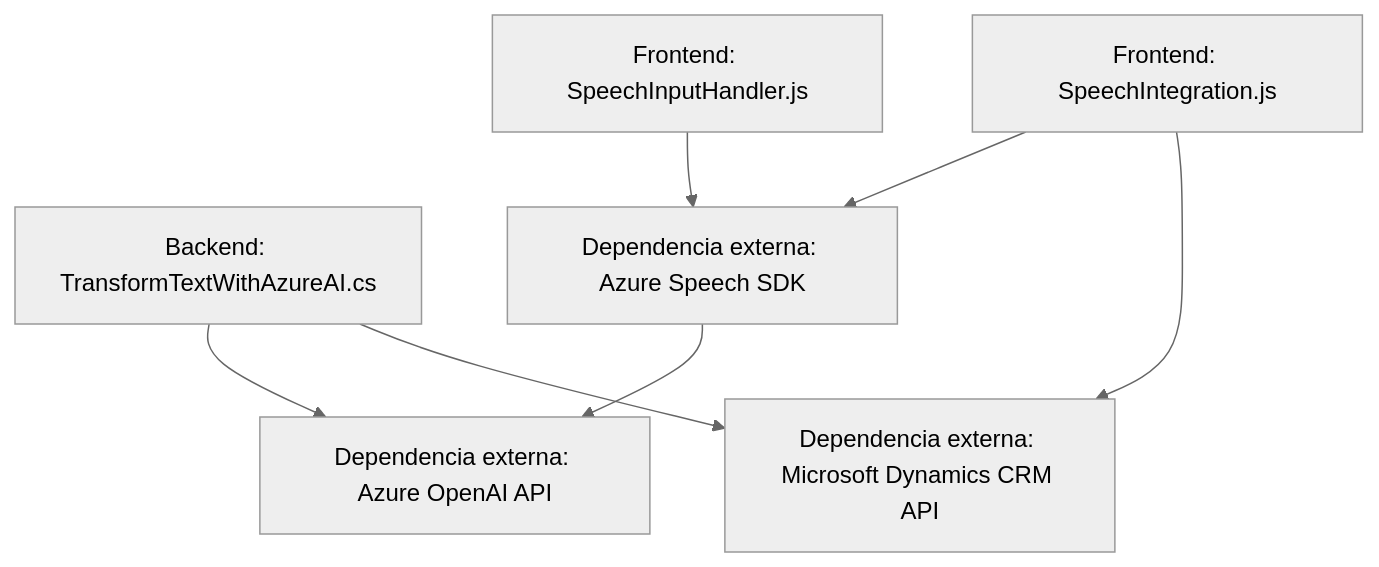
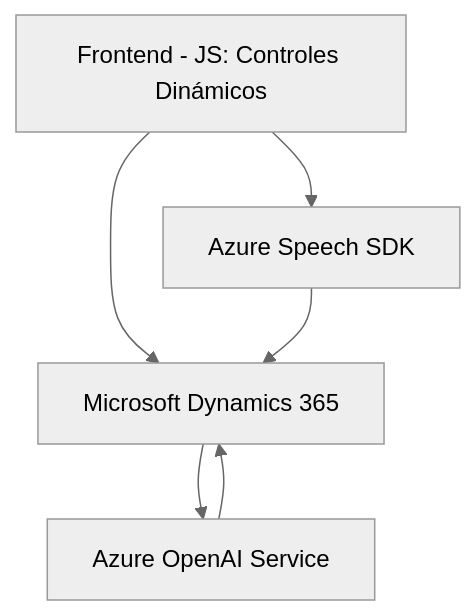
The diagram in README.md (blopezdm/NETCORE_BILBAO2025), drawn with Mermaid (neutral theme) before and after one commit. The commit also changed other lines of this file, not shown here.

````diff
--- a/README.md
+++ b/README.md
@@ -69,16 +38,13 @@
 ```mermaid
 graph TD
-    A["Frontend: SpeechInputHandler.js"]
-    B["Frontend: SpeechIntegration.js"]
-    C["Backend: TransformTextWithAzureAI.cs"]
-    D["Dependencia externa: Azure Speech SDK"]
-    E["Dependencia externa: Azure OpenAI API"]
-    F["Dependencia externa: Microsoft Dynamics CRM API"]
+    A["Frontend - JS: Controles Dinámicos"]
+    B["Azure Speech SDK"]
+    C["Microsoft Dynamics 365"]
+    D["Azure OpenAI Service"]
 
-    A --> D
-    B --> D
-    B --> F
-    C --> E
-    C --> F
-    D --> E
+    A --> B
+    A --> C
+    B --> C
+    C --> D
+    D --> C
 ```
````
